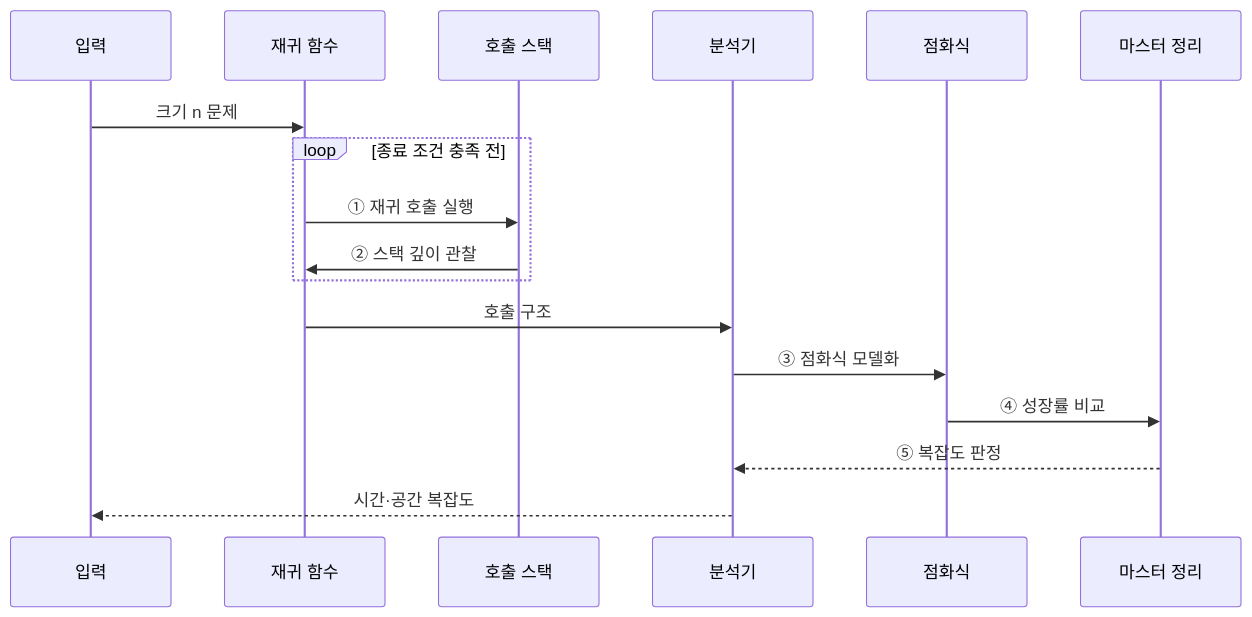
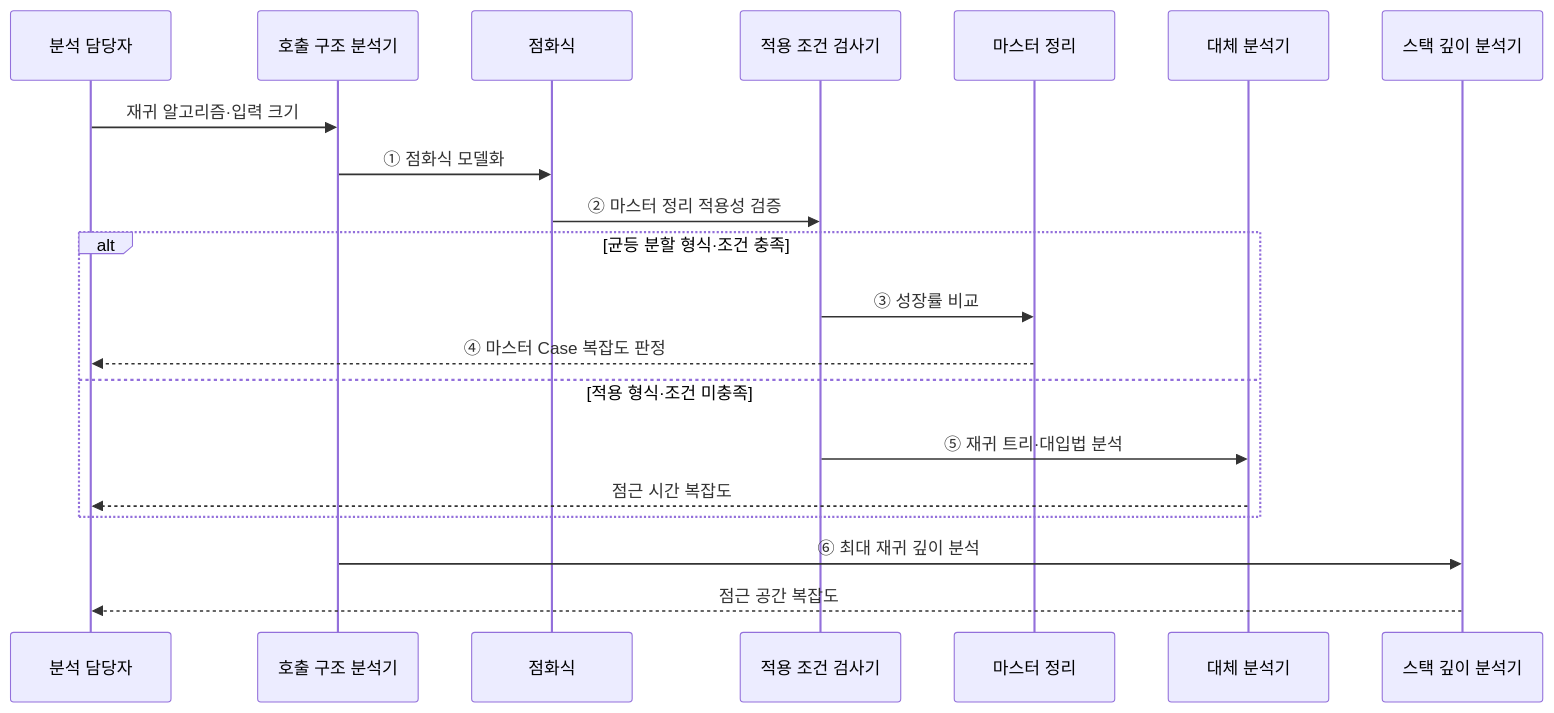
One commit to agnusdei1207/knowledge-base changed the second of 2 diagrams in src/content/docs/notes/01-basic-theory/058_recursive_algo_master.md. Above: the diagram before and after it, drawn with Mermaid. The commit also changed other lines of this file and 19 other files, not shown here.

````diff
--- a/src/content/docs/notes/01-basic-theory/058_recursive_algo_master.md
+++ b/src/content/docs/notes/01-basic-theory/058_recursive_algo_master.md
@@ -80,19 +83,22 @@
 ```mermaid
 sequenceDiagram
-    participant I as 입력
-    participant F as 재귀 함수
-    participant S as 호출 스택
-    participant A as 분석기
+    participant Q as 분석 담당자
+    participant C as 호출 구조 분석기
     participant R as 점화식
+    participant V as 적용 조건 검사기
     participant M as 마스터 정리
-    I->>F: 크기 n 문제
-    loop 종료 조건 충족 전
-        F->>S: ① 재귀 호출 실행
-        S->>F: ② 스택 깊이 관찰
+    participant A as 대체 분석기
+    participant S as 스택 깊이 분석기
+    Q->>C: 재귀 알고리즘·입력 크기
+    C->>R: ① 점화식 모델화
+    R->>V: ② 마스터 정리 적용성 검증
+    alt 균등 분할 형식·조건 충족
+        V->>M: ③ 성장률 비교
+        M-->>Q: ④ 마스터 Case 복잡도 판정
+    else 적용 형식·조건 미충족
+        V->>A: ⑤ 재귀 트리·대입법 분석
+        A-->>Q: 점근 시간 복잡도
     end
-    F->>A: 호출 구조
-    A->>R: ③ 점화식 모델화
-    R->>M: ④ 성장률 비교
-    M-->>A: ⑤ 복잡도 판정
-    A-->>I: 시간·공간 복잡도
+    C->>S: ⑥ 최대 재귀 깊이 분석
+    S-->>Q: 점근 공간 복잡도
 ```
````
